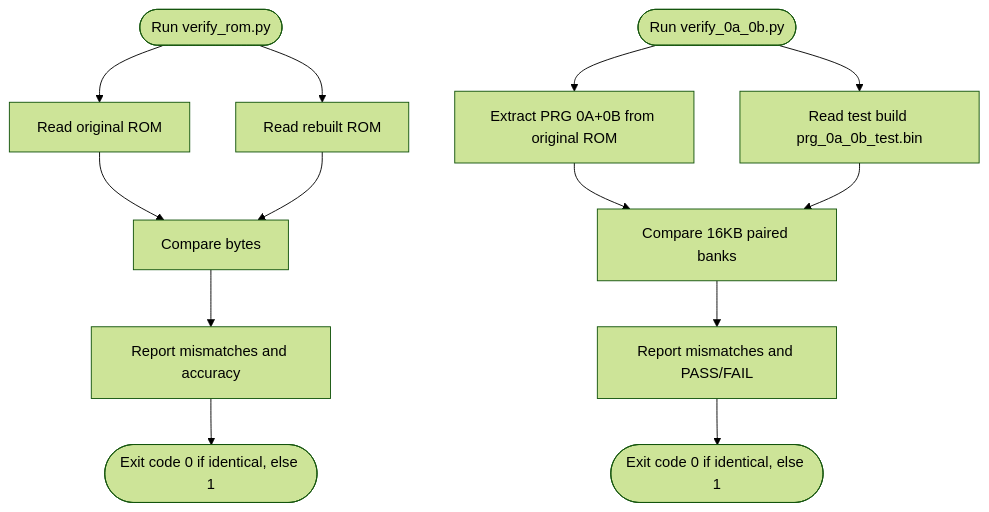
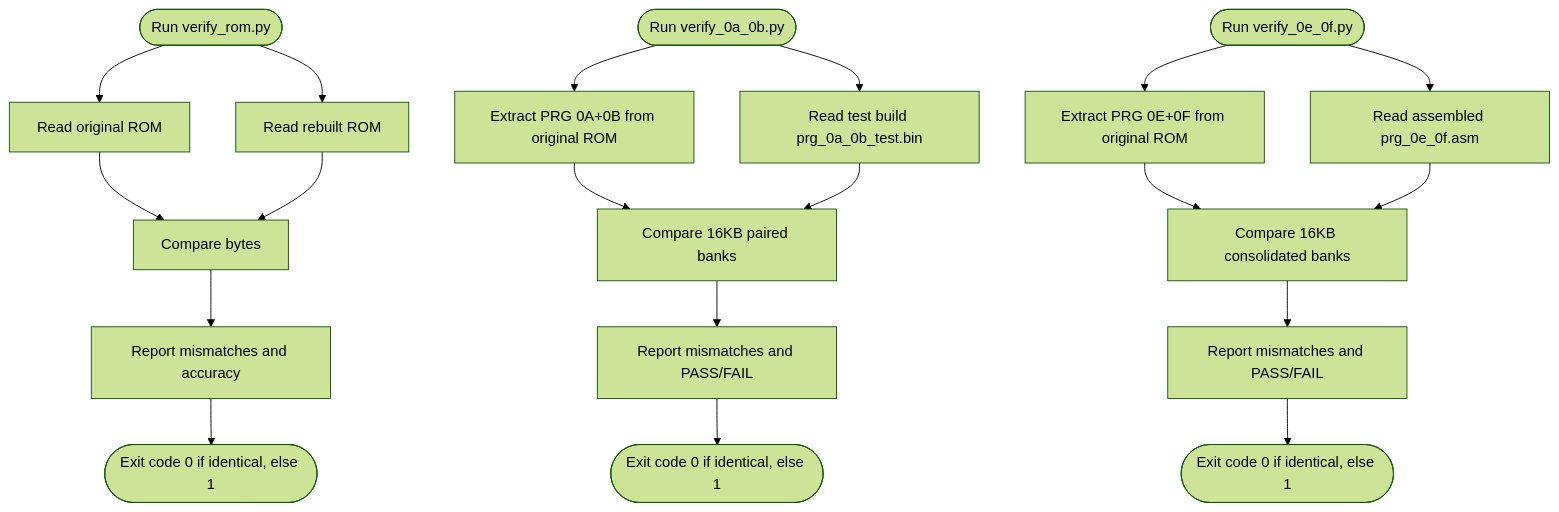
The eighth of 20 diagrams in .qoder/repowiki/en/content/Build System and Tools/Build System and Tools.md (rabbyzero/sango2dasm), drawn with Mermaid (forest theme) before and after one commit. The commit also changed other lines of this file and 33 other files, not shown here.

````diff
--- a/.qoder/repowiki/en/content/Build System and Tools/Build System and Tools.md
+++ b/.qoder/repowiki/en/content/Build System and Tools/Build System and Tools.md
@@ -1064,15 +1100,21 @@
 ```mermaid
 flowchart TD
 VStart(["Run verify_rom.py"]) --> ReadOrig["Read original ROM"]
 VStart --> ReadRebuilt["Read rebuilt ROM"]
 ReadOrig --> Compare["Compare bytes"]
 ReadRebuilt --> Compare
 Compare --> Report["Report mismatches and accuracy"]
 Report --> Exit(["Exit code 0 if identical, else 1"])
 V0ABStart(["Run verify_0a_0b.py"]) --> ReadOriginal["Extract PRG 0A+0B from original ROM"]
 V0ABStart --> ReadTest["Read test build prg_0a_0b_test.bin"]
 ReadOriginal --> Compare0AB["Compare 16KB paired banks"]
 ReadTest --> Compare0AB
 Compare0AB --> Report0AB["Report mismatches and PASS/FAIL"]
 Report0AB --> Exit0AB(["Exit code 0 if identical, else 1"])
+V0E0FStart(["Run verify_0e_0f.py"]) --> ReadOriginal0E0F["Extract PRG 0E+0F from original ROM"]
+V0E0FStart --> ReadTest0E0F["Read assembled prg_0e_0f.asm"]
+ReadOriginal0E0F --> Compare0E0F["Compare 16KB consolidated banks"]
+ReadTest0E0F --> Compare0E0F
+Compare0E0F --> Report0E0F["Report mismatches and PASS/FAIL"]
+Report0E0F --> Exit0E0F(["Exit code 0 if identical, else 1"])
 ```
````
